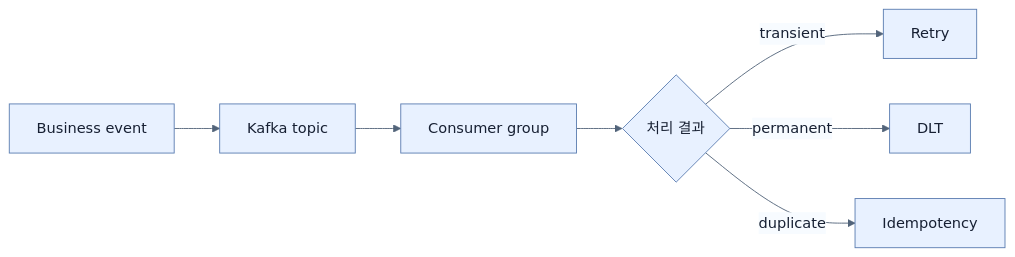
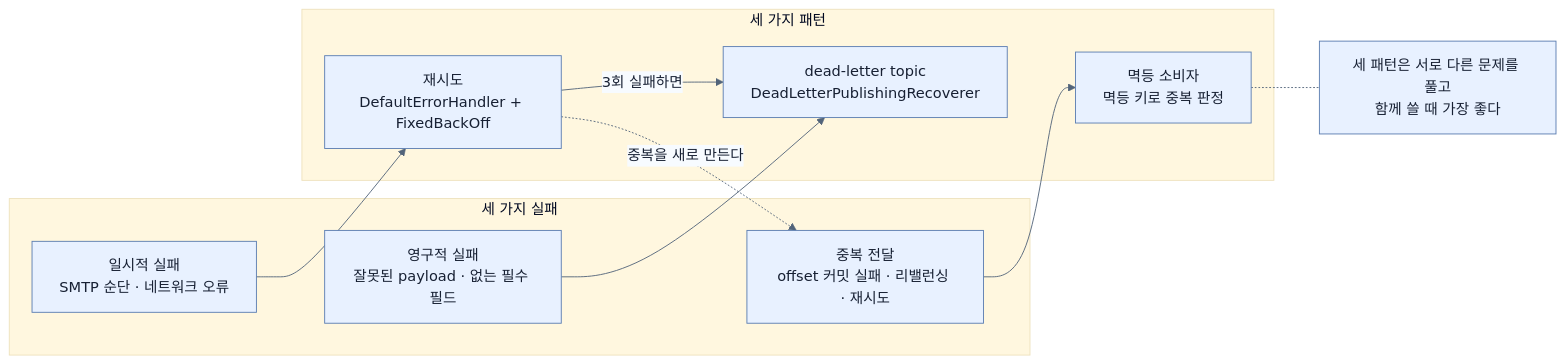
The second of 2 diagrams in spring-boot-4-pdf-notes/part-4-scaling-an-application-with-spring-boot/chapter-12-messaging-and-asynchronous-communication-in-spring-boot-4/_map.md (sing-u8/Learning_Spring_Boot_4), drawn with Mermaid before and after one commit. The commit also changed other lines of this file and 253 other files, not shown here.

````diff
--- a/spring-boot-4-pdf-notes/part-4-scaling-an-application-with-spring-boot/chapter-12-messaging-and-asynchronous-communication-in-spring-boot-4/_map.md
+++ b/spring-boot-4-pdf-notes/part-4-scaling-an-application-with-spring-boot/chapter-12-messaging-and-asynchronous-communication-in-spring-boot-4/_map.md
@@ -12,10 +49,25 @@
 ```mermaid
 %%{init: {'theme': 'base', 'themeVariables': {'background': '#ffffff', 'primaryColor': '#e8f1ff', 'primaryTextColor': '#172033', 'primaryBorderColor': '#5b7db1', 'lineColor': '#52647a', 'secondaryColor': '#f7fbff', 'tertiaryColor': '#fff7df'}}}%%
 flowchart LR
-    A[Business event] --> B[Kafka topic]
-    B --> C[Consumer group]
-    C --> D{처리 결과}
-    D -- transient --> E[Retry]
-    D -- permanent --> F[DLT]
-    D -- duplicate --> G[Idempotency]
+    subgraph F["세 가지 실패"]
+        F1["일시적 실패<br/>SMTP 순단 · 네트워크 오류"]
+        F2["영구적 실패<br/>잘못된 payload · 없는 필수 필드"]
+        F3["중복 전달<br/>offset 커밋 실패 · 리밸런싱 · 재시도"]
+    end
+
+    subgraph P["세 가지 패턴"]
+        P1["재시도<br/>DefaultErrorHandler + FixedBackOff"]
+        P2["dead-letter topic<br/>DeadLetterPublishingRecoverer"]
+        P3["멱등 소비자<br/>멱등 키로 중복 판정"]
+    end
+
+    F1 --> P1
+    F2 --> P2
+    F3 --> P3
+
+    P1 -->|"3회 실패하면"| P2
+    P1 -.->|"중복을 새로 만든다"| F3
+
+    NOTE["세 패턴은 서로 다른 문제를 풀고<br/>함께 쓸 때 가장 좋다"]
+    P3 -.- NOTE
 ```
````
